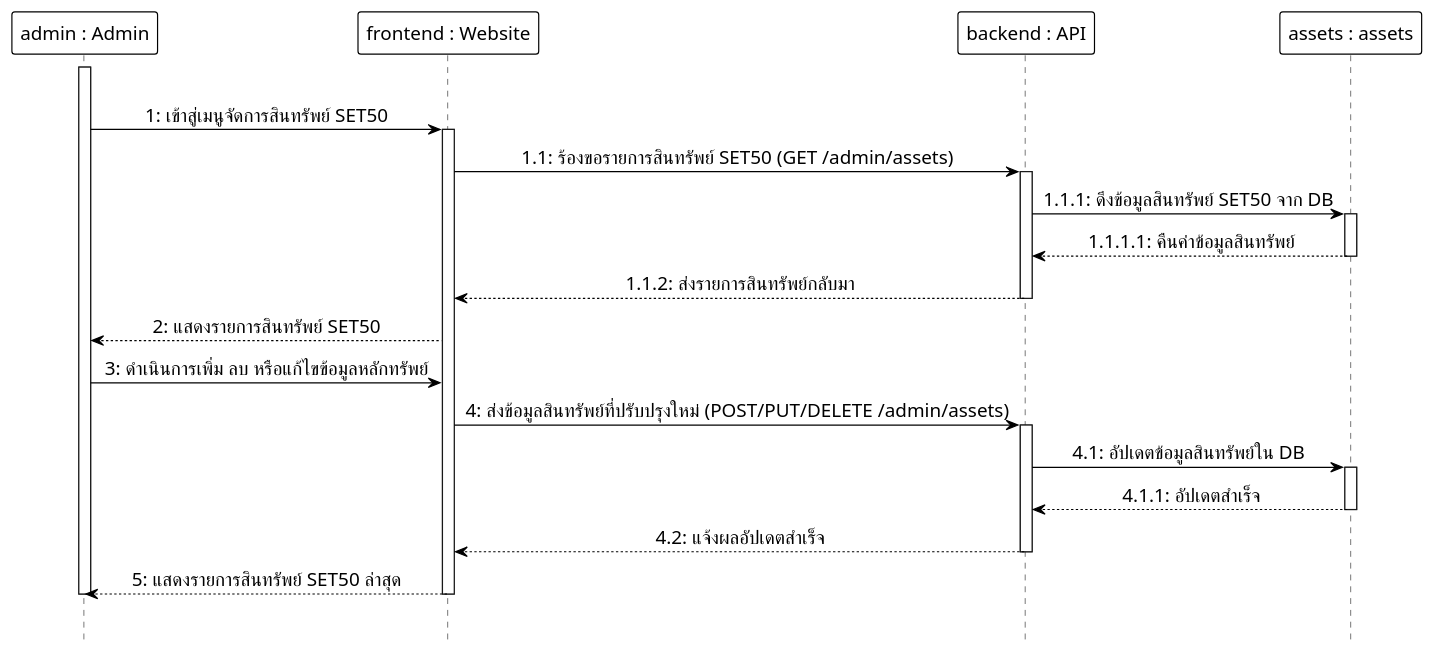
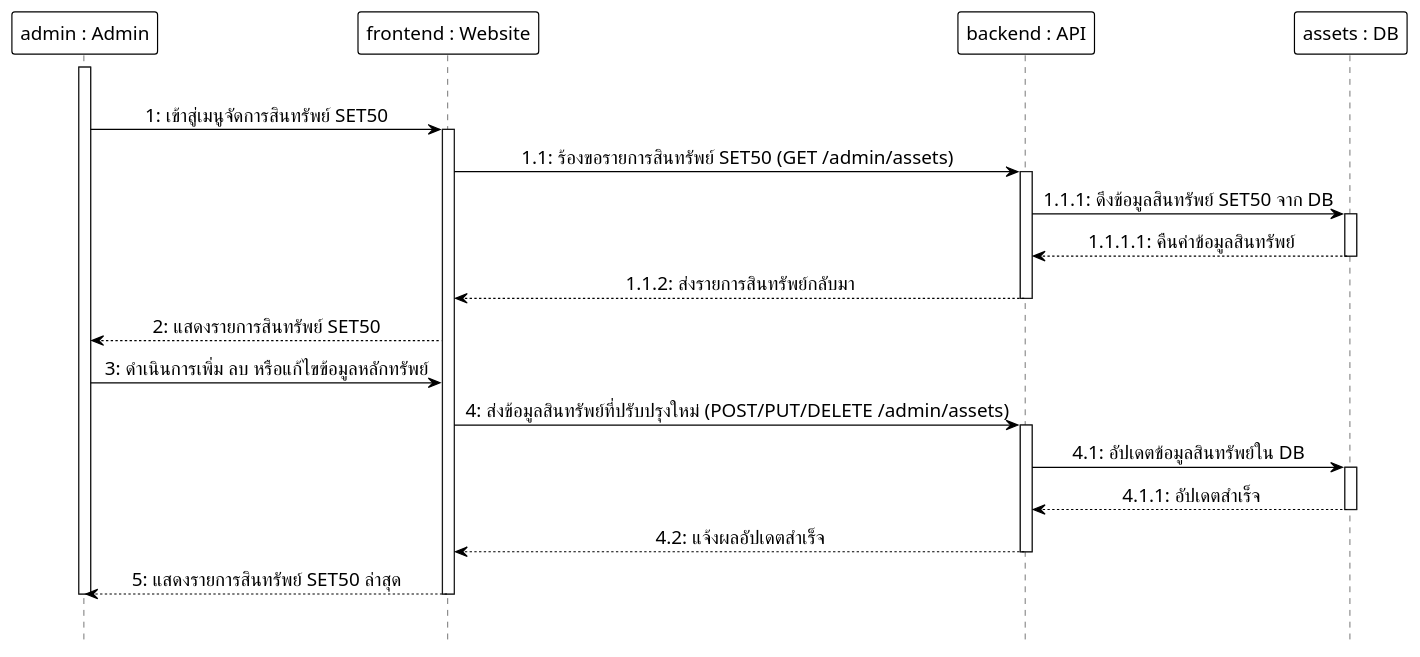
One commit to Anatta-at/my-portfolio-app changed diagram 15 of 15 in docs/diagrams/plantuml_source/plantuml_sequence_diagrams.md. Above: the diagram before and after it, drawn with PlantUML. The commit also changed other lines of this file and 10 other files, not shown here.

Commit message:
docs: Refactor diagram participant names to use Table : DB notation for academic clarity

````diff
--- a/docs/diagrams/plantuml_source/plantuml_sequence_diagrams.md
+++ b/docs/diagrams/plantuml_source/plantuml_sequence_diagrams.md
@@ -783,52 +783,52 @@
 ```plantuml
 @startuml
 hide footbox
 skinparam monochrome true
 skinparam shadowing false
 skinparam backgroundcolor transparent
 skinparam ParticipantMinHeight 60
 skinparam ParticipantMinWidth 160
 skinparam ParticipantBackgroundColor white
 skinparam ParticipantBorderColor black
 skinparam ParticipantBorderThickness 1.0
 skinparam ParticipantFontSize 16
 skinparam LifeLineBackgroundColor white
 skinparam LifeLineBorderColor black
 skinparam LifeLineBorderThickness 1.0
 skinparam ArrowColor black
 skinparam ArrowFontSize 16
 skinparam sequenceMessageAlign center
 
 participant "admin : Admin" as Admin
 participant "frontend : Website" as Frontend
 participant "backend : API" as Backend
-participant "assets : assets" as DB
+participant "assets : DB" as DB
 
 |||
 activate Admin
 Admin -> Frontend: 1: เข้าสู่เมนูจัดการสินทรัพย์ SET50
 activate Frontend
 Frontend -> Backend: 1.1: ร้องขอรายการสินทรัพย์ SET50 (GET /admin/assets)
 activate Backend
 Backend -> DB: 1.1.1: ดึงข้อมูลสินทรัพย์ SET50 จาก DB
 activate DB
 DB --> Backend: 1.1.1.1: คืนค่าข้อมูลสินทรัพย์
 deactivate DB
 Backend --> Frontend: 1.1.2: ส่งรายการสินทรัพย์กลับมา
 deactivate Backend
 Frontend --> Admin: 2: แสดงรายการสินทรัพย์ SET50
 Admin -> Frontend: 3: ดำเนินการเพิ่ม ลบ หรือแก้ไขข้อมูลหลักทรัพย์
 Frontend -> Backend: 4: ส่งข้อมูลสินทรัพย์ที่ปรับปรุงใหม่ (POST/PUT/DELETE /admin/assets)
 activate Backend
 Backend -> DB: 4.1: อัปเดตข้อมูลสินทรัพย์ใน DB
 activate DB
 DB --> Backend: 4.1.1: อัปเดตสำเร็จ
 deactivate DB
 Backend --> Frontend: 4.2: แจ้งผลอัปเดตสำเร็จ
 deactivate Backend
 Frontend --> Admin: 5: แสดงรายการสินทรัพย์ SET50 ล่าสุด
 deactivate Frontend
 deactivate Admin
 |||
 @enduml
 ```
````
